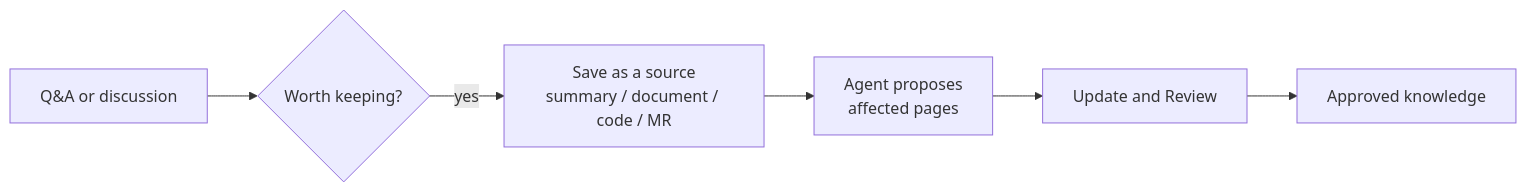
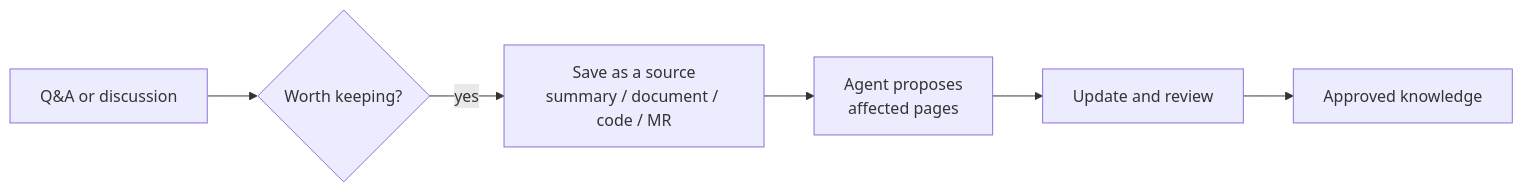
Before and after one commit to context4ai/portal: the diagram in knowledge/sop/updates-and-versions/capturing-from-conversations.md, drawn with Mermaid. The commit also changed other lines of this file and 129 other files, not shown here.

````diff
--- a/knowledge/sop/updates-and-versions/capturing-from-conversations.md
+++ b/knowledge/sop/updates-and-versions/capturing-from-conversations.md
@@ -14,8 +14,8 @@
 ```mermaid
 flowchart LR
   qa["Q&A or discussion"] --> keep{"Worth keeping?"}
   keep -->|yes| src["Save as a source<br/>summary / document / code / MR"]
   src --> plan["Agent proposes<br/>affected pages"]
-  plan --> upd["Update and Review"]
+  plan --> upd["Update and review"]
   upd --> kb["Approved knowledge"]
 ```
````
